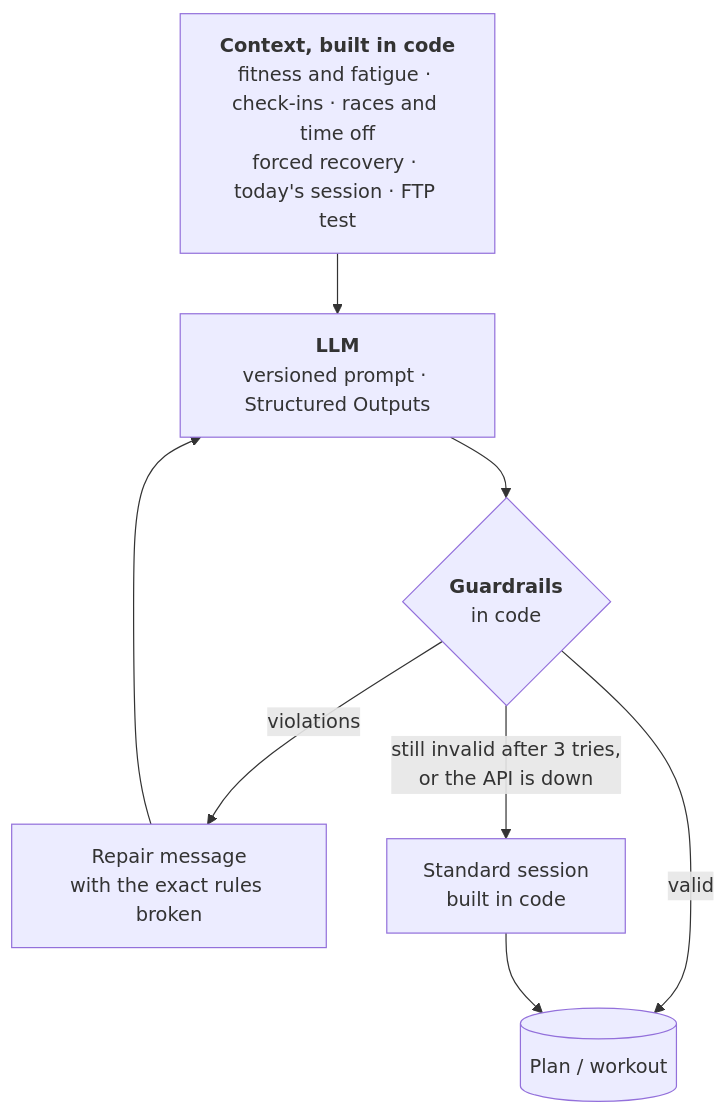
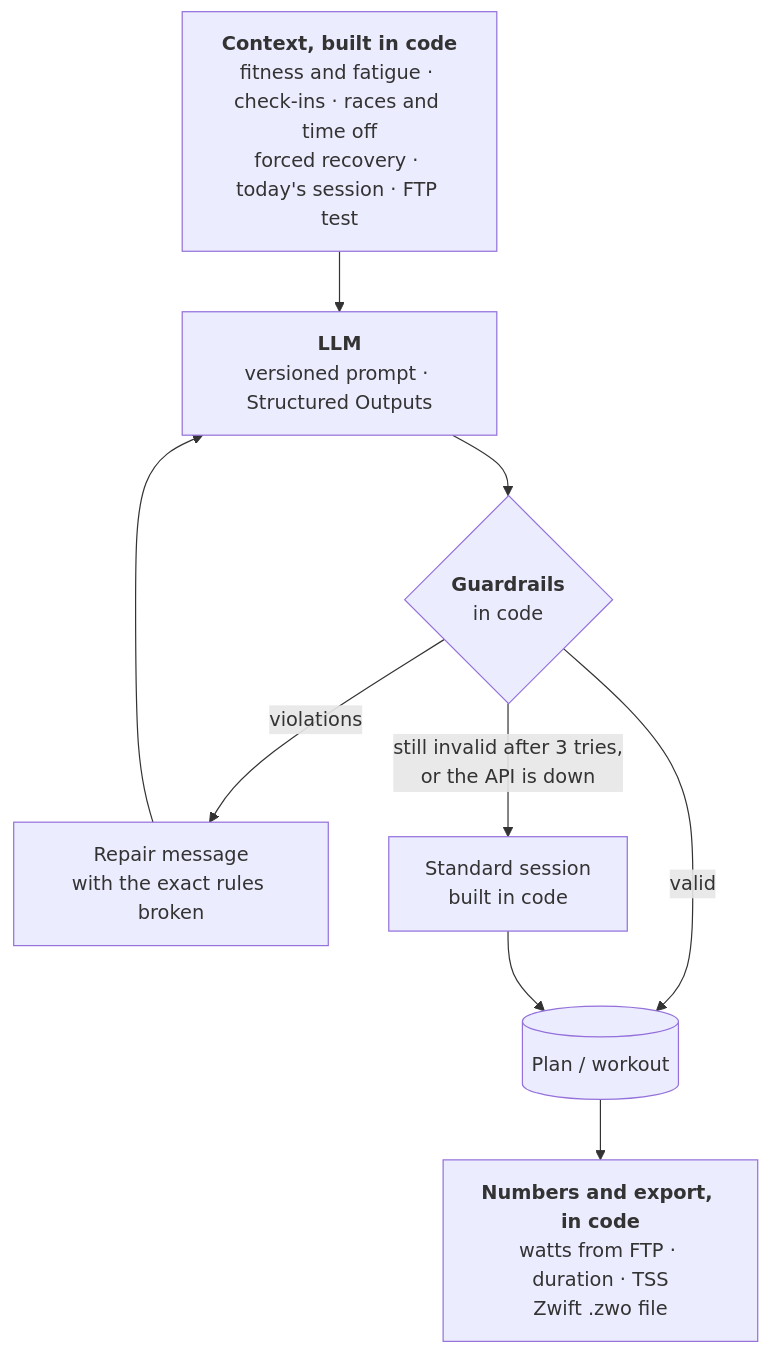
One commit to loukra/virtualCoach changed the diagram in README.md. Above: the diagram before and after it, drawn with Mermaid. The commit also changed other lines of this file, not shown here.

Commit message:
README: show the Zwift export in the AI pipeline

````diff
--- a/README.md
+++ b/README.md
@@ -27,11 +27,12 @@
 ```mermaid
 flowchart TD
     C["<b>Context, built in code</b><br/>fitness and fatigue · check-ins · races and time off<br/>forced recovery · today's session · FTP test"]
     C --> M["<b>LLM</b><br/>versioned prompt · Structured Outputs"]
     M --> G{"<b>Guardrails</b><br/>in code"}
     G -- "valid" --> S[("Plan / workout")]
     G -- "violations" --> R["Repair message<br/>with the exact rules broken"]
     R --> M
     G -- "still invalid after 3 tries,<br/>or the API is down" --> F["Standard session<br/>built in code"]
     F --> S
+    S --> Z["<b>Numbers and export, in code</b><br/>watts from FTP · duration · TSS<br/>Zwift .zwo file"]
 ```
````
